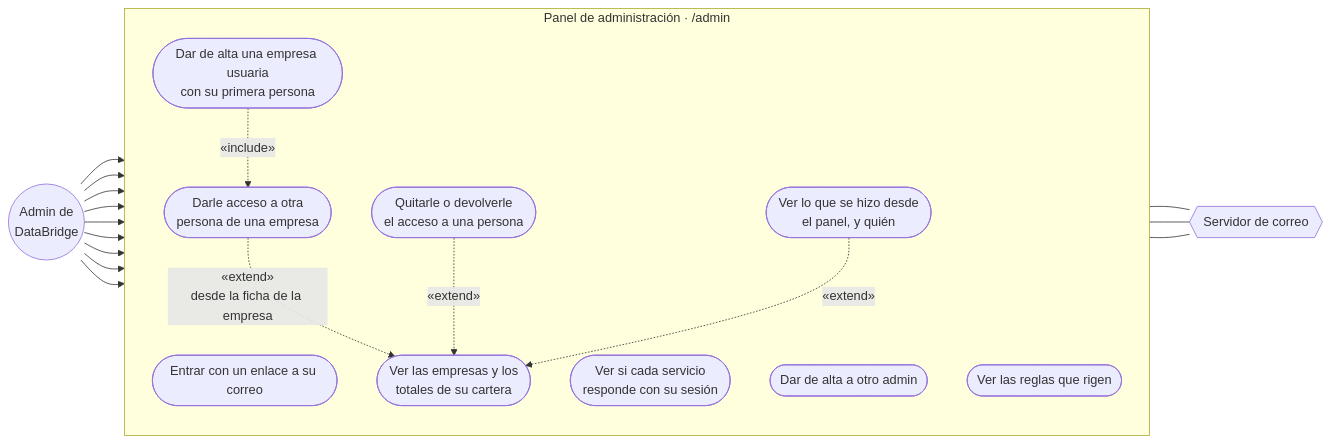
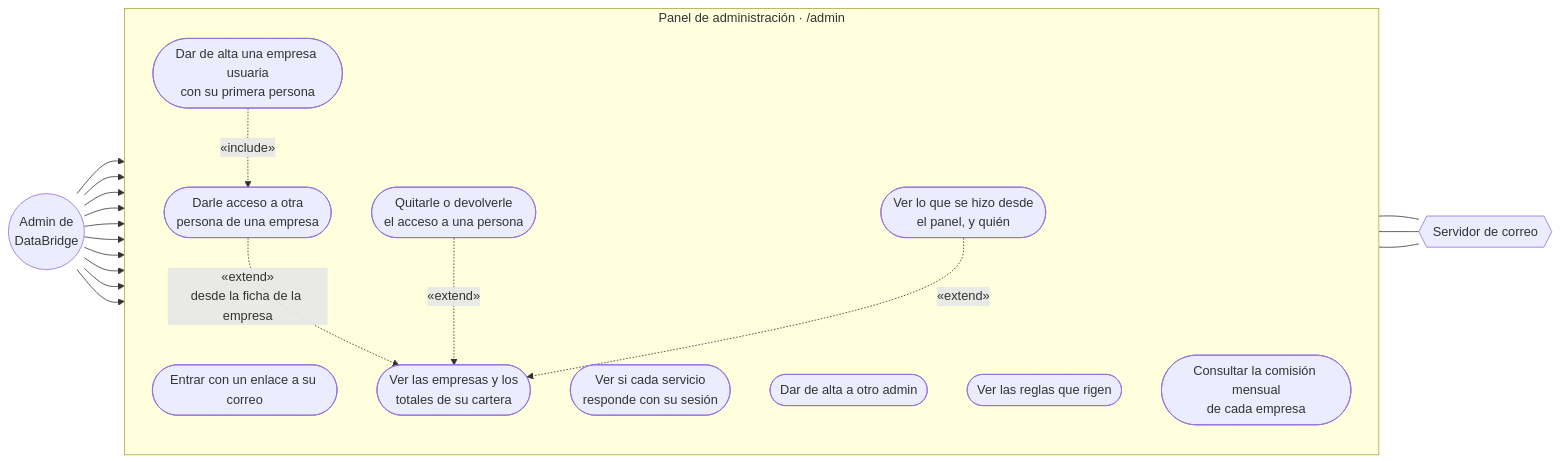
Before and after one commit to TechnicalBridge/DataBridge: diagram 11 of 32 in README.md, drawn with Mermaid. The commit also changed other lines of this file and 22 other files, not shown here.

First line of the commit message:
feat: incorporar comision mensual por empresa y modelo de negocio

````diff
--- a/README.md
+++ b/README.md
@@ -1614,25 +1615,26 @@
 ```mermaid
 flowchart LR
     ADM(("Admin de<br/>DataBridge"))
     subgraph PAN["Panel de administración · /admin"]
         direction TB
         A1(["Entrar con un enlace a su correo"])
         A2(["Ver si cada servicio<br/>responde con su sesión"])
         A3(["Ver las empresas y los<br/>totales de su cartera"])
         A4(["Dar de alta una empresa usuaria<br/>con su primera persona"])
         A5(["Darle acceso a otra<br/>persona de una empresa"])
         A6(["Quitarle o devolverle<br/>el acceso a una persona"])
         A7(["Dar de alta a otro admin"])
         A8(["Ver lo que se hizo desde<br/>el panel, y quién"])
         A9(["Ver las reglas que rigen"])
+        A10(["Consultar la comisión mensual<br/>de cada empresa"])
     end
     COR{{"Servidor de correo"}}
-    ADM --> A1 & A2 & A3 & A4 & A5 & A6 & A7 & A8 & A9
+    ADM --> A1 & A2 & A3 & A4 & A5 & A6 & A7 & A8 & A9 & A10
     A4 -. "«include»" .-> A5
     A5 -. "«extend»<br/>desde la ficha de la empresa" .-> A3
     A6 -. "«extend»" .-> A3
     A8 -. "«extend»" .-> A3
     A1 --- COR
     A5 --- COR
     A7 --- COR
 ```
````
